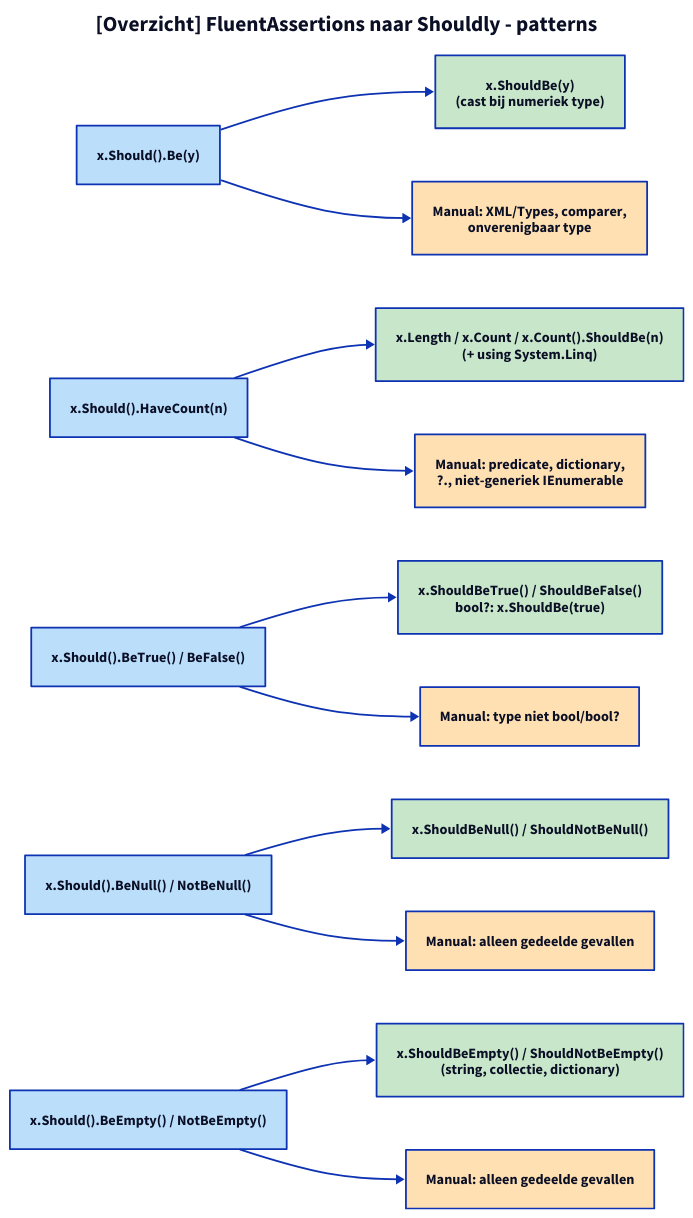
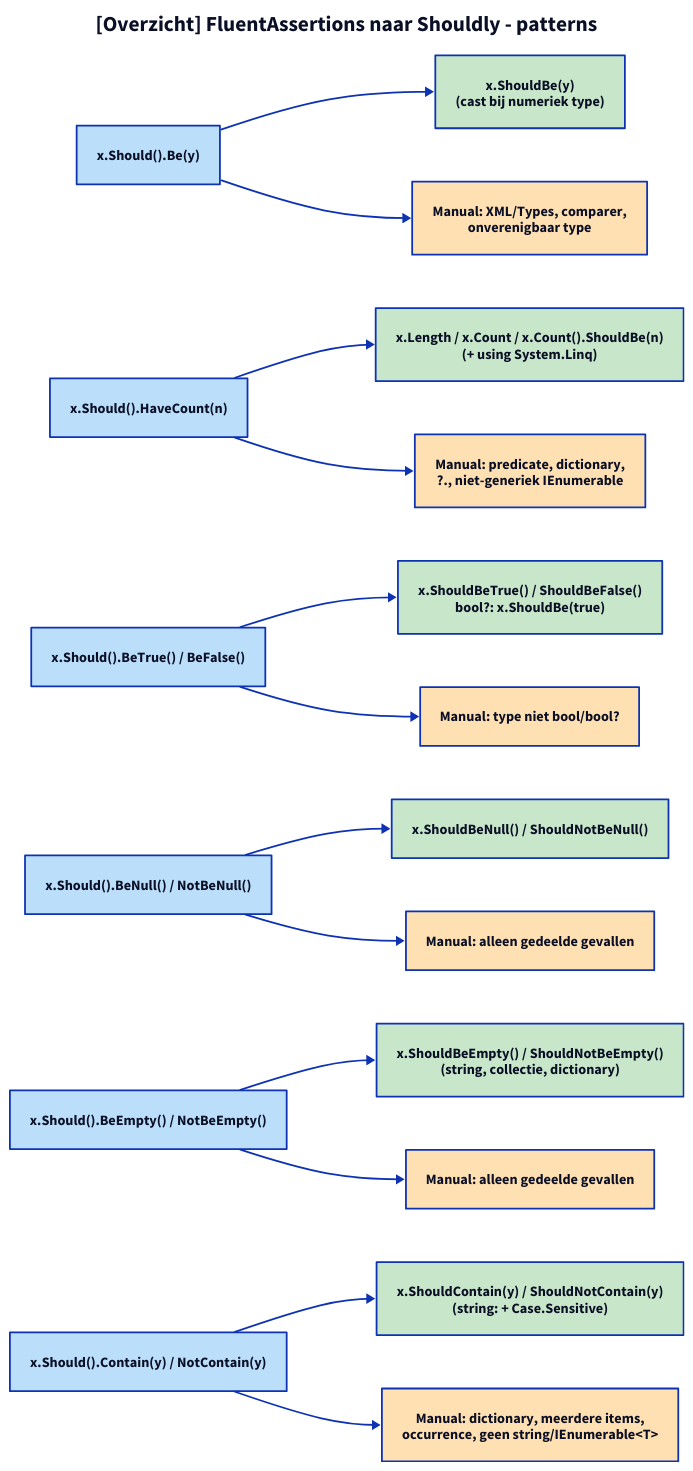
One commit to ATkingma/unshackle changed the diagram in docs/projectinfo/modellen/img/patronen-1.d2. Above: the diagram before and after it, drawn with D2. The commit also changed 42 other files, not shown here.

```diff
--- a/docs/projectinfo/modellen/img/patronen-1.d2
+++ b/docs/projectinfo/modellen/img/patronen-1.d2
@@ -1,37 +1,42 @@
 title: "[Overzicht] FluentAssertions naar Shouldly - patterns" {shape: text; near: top-center; style: {font-size: 24; bold: true}}
 direction: right
 vars: {
   d2-legend: {
     f: FluentAssertions {style.fill: "#bbdefb"}
     s: Shouldly {style.fill: "#c8e6c9"}
     m: Manual {style.fill: "#ffe0b2"}
     a: "" {style.opacity: 0}
     b: "" {style.opacity: 0}
     a -> b: Wordt
   }
 }
 be: "x.Should().Be(y)" {style.fill: "#bbdefb"}
 count: "x.Should().HaveCount(n)" {style.fill: "#bbdefb"}
 truefalse: "x.Should().BeTrue() / BeFalse()" {style.fill: "#bbdefb"}
 nul: "x.Should().BeNull() / NotBeNull()" {style.fill: "#bbdefb"}
 empty: "x.Should().BeEmpty() / NotBeEmpty()" {style.fill: "#bbdefb"}
+contain: "x.Should().Contain(y) / NotContain(y)" {style.fill: "#bbdefb"}
+scontain: "x.ShouldContain(y) / ShouldNotContain(y)\n(string: + Case.Sensitive)" {style.fill: "#c8e6c9"}
+m6: "Manual: dictionary, meerdere items,\noccurrence, geen string/IEnumerable<T>" {style.fill: "#ffe0b2"}
 sbe: "x.ShouldBe(y)\n(cast bij numeriek type)" {style.fill: "#c8e6c9"}
 scount: "x.Length / x.Count / x.Count().ShouldBe(n)\n(+ using System.Linq)" {style.fill: "#c8e6c9"}
 stf: "x.ShouldBeTrue() / ShouldBeFalse()\nbool?: x.ShouldBe(true)" {style.fill: "#c8e6c9"}
 snull: "x.ShouldBeNull() / ShouldNotBeNull()" {style.fill: "#c8e6c9"}
 sempty: "x.ShouldBeEmpty() / ShouldNotBeEmpty()\n(string, collectie, dictionary)" {style.fill: "#c8e6c9"}
 m5: "Manual: alleen gedeelde gevallen" {style.fill: "#ffe0b2"}
 m1: "Manual: XML/Types, comparer,\nonverenigbaar type" {style.fill: "#ffe0b2"}
 m2: "Manual: predicate, dictionary,\n?., niet-generiek IEnumerable" {style.fill: "#ffe0b2"}
 m3: "Manual: type niet bool/bool?" {style.fill: "#ffe0b2"}
 m4: "Manual: alleen gedeelde gevallen" {style.fill: "#ffe0b2"}
 be -> sbe
 count -> scount
 truefalse -> stf
 nul -> snull
 be -> m1
 count -> m2
 truefalse -> m3
 nul -> m4
 empty -> sempty
 empty -> m5
+contain -> scontain
+contain -> m6
```
